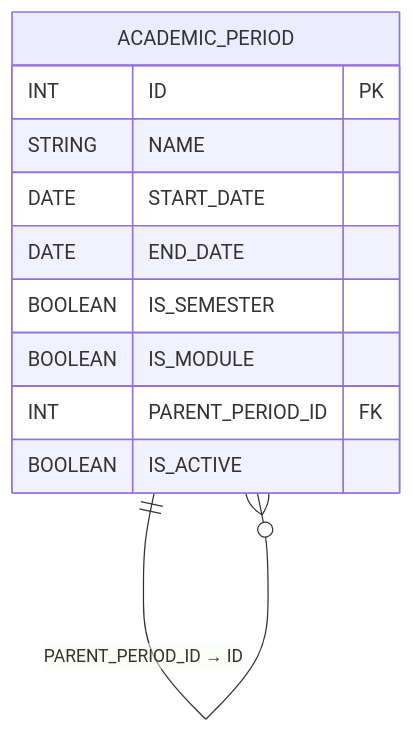
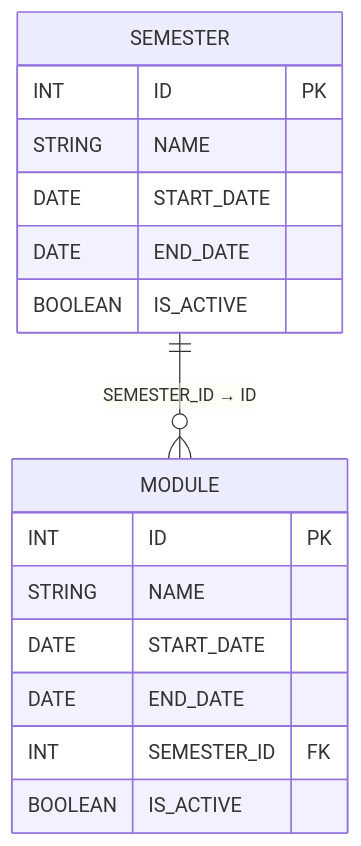
The diagram in S20/doc.md (YuriSilenok/KPK_UP2_24-1P11), drawn with Mermaid before and after one commit. The commit also changed other lines of this file, not shown here.

````diff
--- a/S20/doc.md
+++ b/S20/doc.md
@@ -118,15 +118,21 @@
 ```mermaid
 erDiagram
-    ACADEMIC_PERIOD {
+    SEMESTER {
         INT ID PK
         STRING NAME
         DATE START_DATE
         DATE END_DATE
-        BOOLEAN IS_SEMESTER
-        BOOLEAN IS_MODULE
-        INT PARENT_PERIOD_ID FK
         BOOLEAN IS_ACTIVE
     }
 
-    ACADEMIC_PERIOD ||--o{ ACADEMIC_PERIOD : "PARENT_PERIOD_ID → ID"
+    MODULE {
+        INT ID PK
+        STRING NAME
+        DATE START_DATE
+        DATE END_DATE
+        INT SEMESTER_ID FK
+        BOOLEAN IS_ACTIVE
+    }
+
+    SEMESTER ||--o{ MODULE : "SEMESTER_ID → ID"
 ```
````
